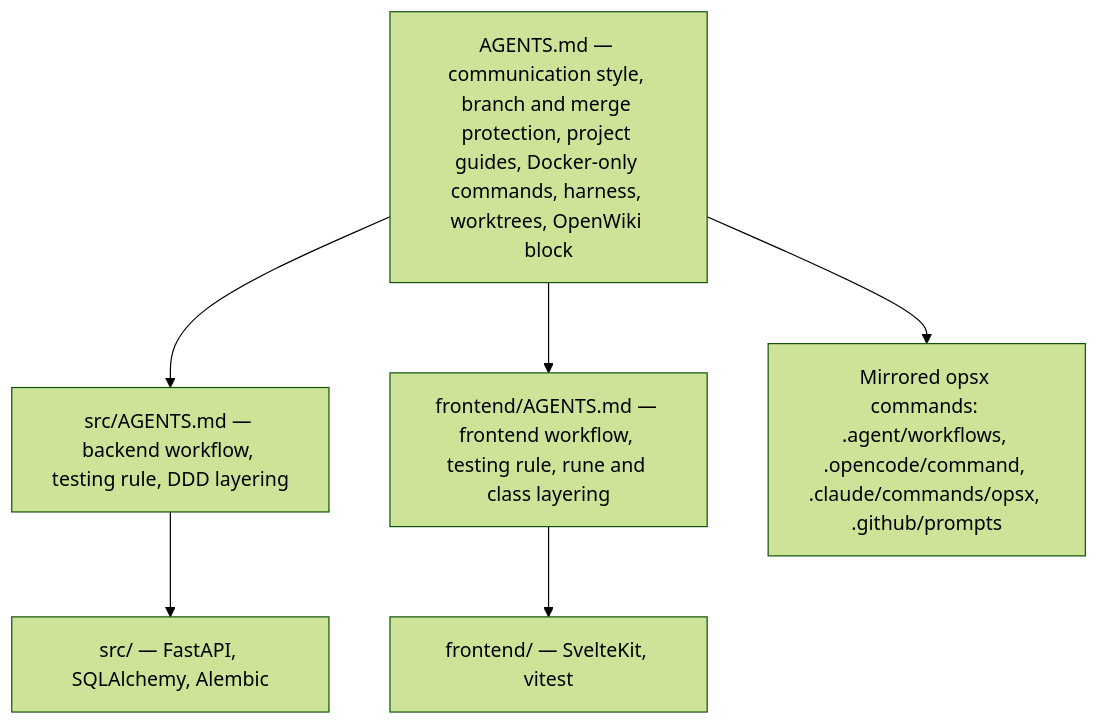
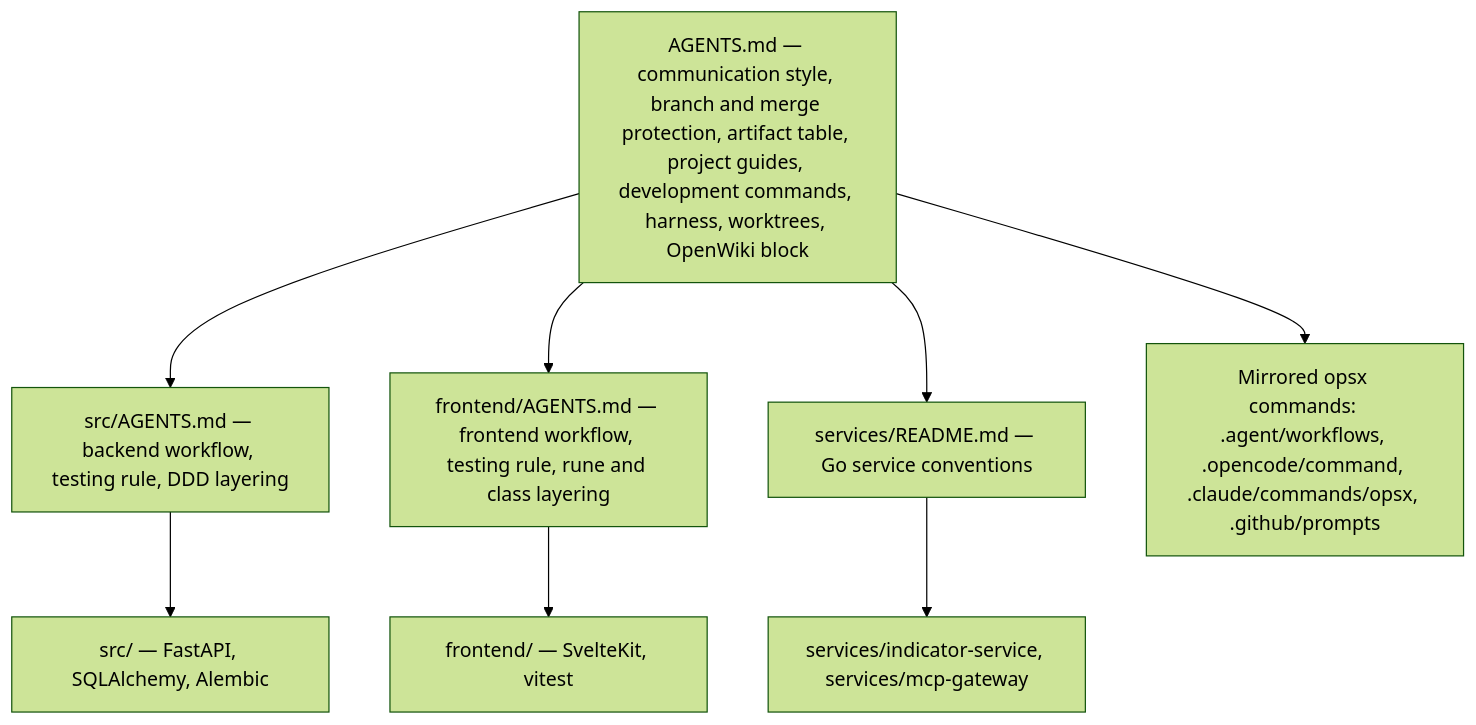
Before and after one commit to havekes/retail-portfolio: the third of 4 diagrams in openwiki/operations/workflows.md, drawn with Mermaid (forest theme). The commit also changed other lines of this file and 57 other files, not shown here.

Commit message:
docs: update OpenWiki (#750)

````diff
--- a/openwiki/operations/workflows.md
+++ b/openwiki/operations/workflows.md
@@ -562,8 +674,10 @@
 ```mermaid
 flowchart TD
-    Root["AGENTS.md — communication style, branch and merge protection, project guides, Docker-only commands, harness, worktrees, OpenWiki block"] --> BE["src/AGENTS.md — backend workflow, testing rule, DDD layering"]
+    Root["AGENTS.md — communication style, branch and merge protection, artifact table, project guides, development commands, harness, worktrees, OpenWiki block"] --> BE["src/AGENTS.md — backend workflow, testing rule, DDD layering"]
     Root --> FE["frontend/AGENTS.md — frontend workflow, testing rule, rune and class layering"]
+    Root --> GO["services/README.md — Go service conventions"]
     Root --> M["Mirrored opsx commands: .agent/workflows, .opencode/command, .claude/commands/opsx, .github/prompts"]
     BE --> SRC["src/ — FastAPI, SQLAlchemy, Alembic"]
     FE --> FRT["frontend/ — SvelteKit, vitest"]
+    GO --> GOS["services/indicator-service, services/mcp-gateway"]
 ```
````
